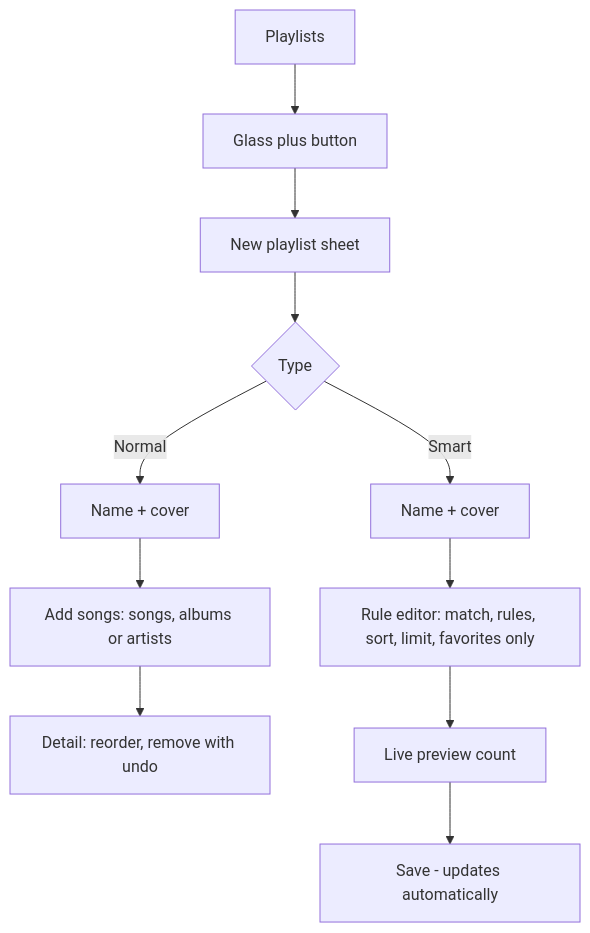
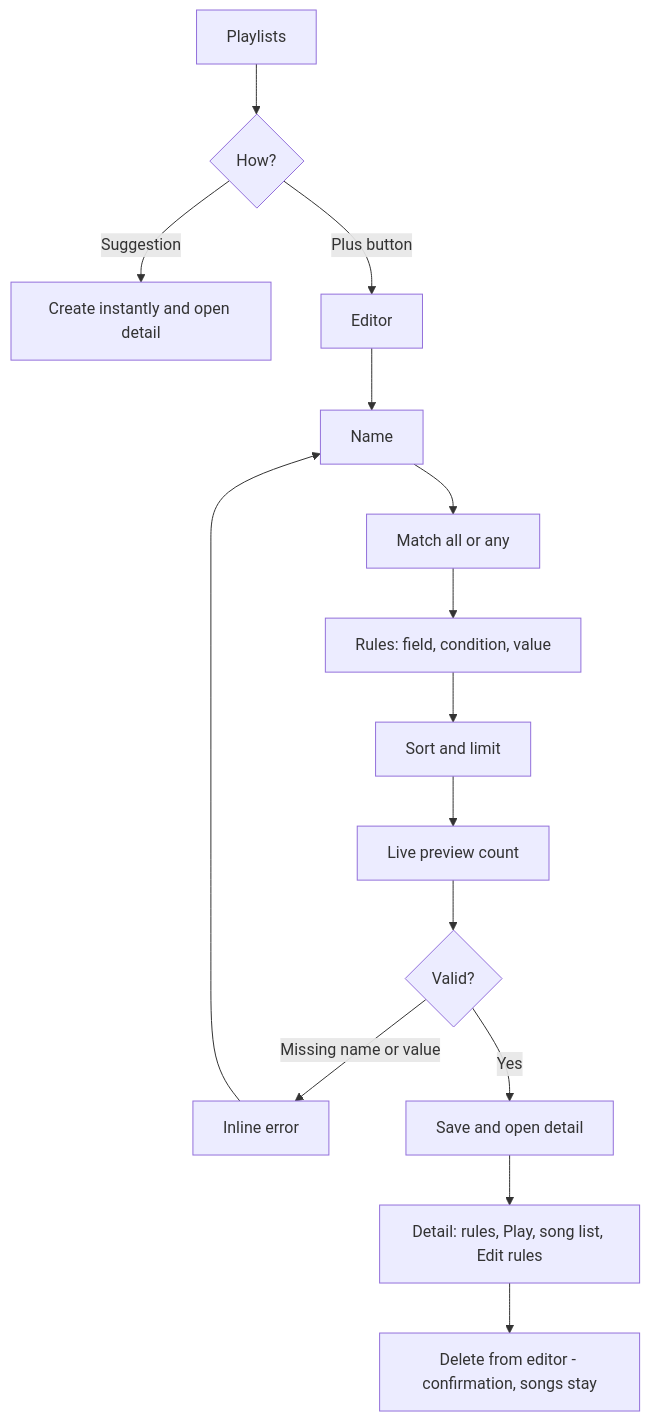
The fifth of 6 diagrams in docs/USER_FLOWS.md (sabrinasalomon/CoryMusic), drawn with Mermaid before and after one commit. The commit also changed other lines of this file and 68 other files, not shown here.

````diff
--- a/docs/USER_FLOWS.md
+++ b/docs/USER_FLOWS.md
@@ -127,13 +88,17 @@
 ```mermaid
 flowchart TD
-    A[Playlists] --> B[Glass plus button]
-    B --> C[New playlist sheet]
-    C --> D{Type}
-    D -- Normal --> E[Name + cover]
-    E --> F[Add songs: songs, albums or artists]
-    F --> G[Detail: reorder, remove with undo]
-    D -- Smart --> H[Name + cover]
-    H --> I[Rule editor: match, rules, sort, limit, favorites only]
-    I --> J[Live preview count]
-    J --> K[Save - updates automatically]
+    A[Playlists] --> B{How?}
+    B -- Suggestion --> C[Create instantly and open detail]
+    B -- Plus button --> D[Editor]
+    D --> E[Name]
+    E --> F[Match all or any]
+    F --> G[Rules: field, condition, value]
+    G --> H[Sort and limit]
+    H --> I[Live preview count]
+    I --> J{Valid?}
+    J -- Missing name or value --> K[Inline error]
+    K --> E
+    J -- Yes --> L[Save and open detail]
+    L --> M[Detail: rules, Play, song list, Edit rules]
+    M --> N[Delete from editor - confirmation, songs stay]
 ```
````
